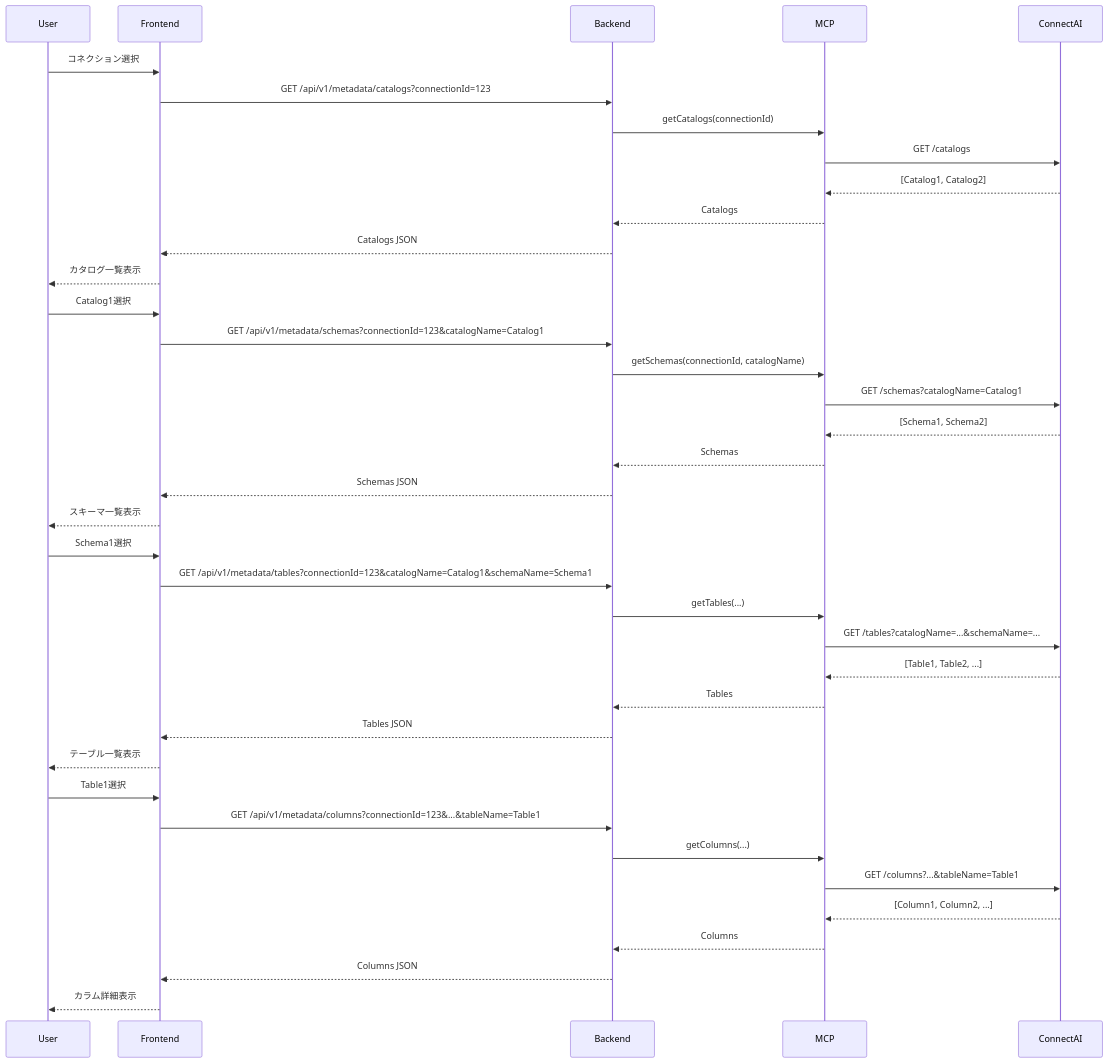
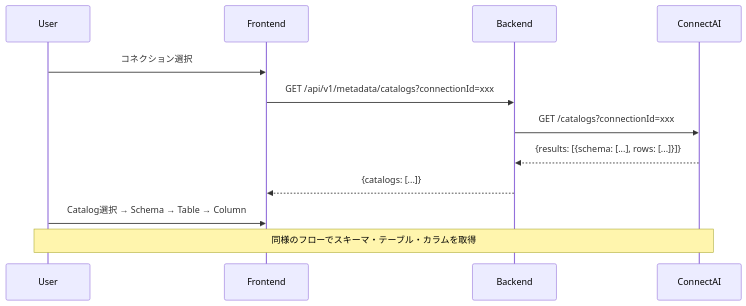
One commit to sugimomoto/ConnectAIOEMSample changed the fifth of 8 diagrams in docs/functional-design.md. Above: the diagram before and after it, drawn with Mermaid. The commit also changed other lines of this file and 3 other files, not shown here.

````diff
--- a/docs/functional-design.md
+++ b/docs/functional-design.md
@@ -302,44 +209,16 @@
 ```mermaid
 sequenceDiagram
     participant User
     participant Frontend
     participant Backend
-    participant MCP
     participant ConnectAI
 
     User->>Frontend: コネクション選択
-    Frontend->>Backend: GET /api/v1/metadata/catalogs?connectionId=123
-    Backend->>MCP: getCatalogs(connectionId)
-    MCP->>ConnectAI: GET /catalogs
-    ConnectAI-->>MCP: [Catalog1, Catalog2]
-    MCP-->>Backend: Catalogs
-    Backend-->>Frontend: Catalogs JSON
-    Frontend-->>User: カタログ一覧表示
+    Frontend->>Backend: GET /api/v1/metadata/catalogs?connectionId=xxx
+    Backend->>ConnectAI: GET /catalogs?connectionId=xxx
+    ConnectAI-->>Backend: {results: [{schema: [...], rows: [...]}]}
+    Backend-->>Frontend: {catalogs: [...]}
 
-    User->>Frontend: Catalog1選択
-    Frontend->>Backend: GET /api/v1/metadata/schemas?connectionId=123&catalogName=Catalog1
-    Backend->>MCP: getSchemas(connectionId, catalogName)
-    MCP->>ConnectAI: GET /schemas?catalogName=Catalog1
-    ConnectAI-->>MCP: [Schema1, Schema2]
-    MCP-->>Backend: Schemas
-    Backend-->>Frontend: Schemas JSON
-    Frontend-->>User: スキーマ一覧表示
-
-    User->>Frontend: Schema1選択
-    Frontend->>Backend: GET /api/v1/metadata/tables?connectionId=123&catalogName=Catalog1&schemaName=Schema1
-    Backend->>MCP: getTables(...)
-    MCP->>ConnectAI: GET /tables?catalogName=...&schemaName=...
-    ConnectAI-->>MCP: [Table1, Table2, ...]
-    MCP-->>Backend: Tables
-    Backend-->>Frontend: Tables JSON
-    Frontend-->>User: テーブル一覧表示
-
-    User->>Frontend: Table1選択
-    Frontend->>Backend: GET /api/v1/metadata/columns?connectionId=123&...&tableName=Table1
-    Backend->>MCP: getColumns(...)
-    MCP->>ConnectAI: GET /columns?...&tableName=Table1
-    ConnectAI-->>MCP: [Column1, Column2, ...]
-    MCP-->>Backend: Columns
-    Backend-->>Frontend: Columns JSON
-    Frontend-->>User: カラム詳細表示
+    User->>Frontend: Catalog選択 → Schema → Table → Column
+    Note over User,ConnectAI: 同様のフローでスキーマ・テーブル・カラムを取得
 ```
````
